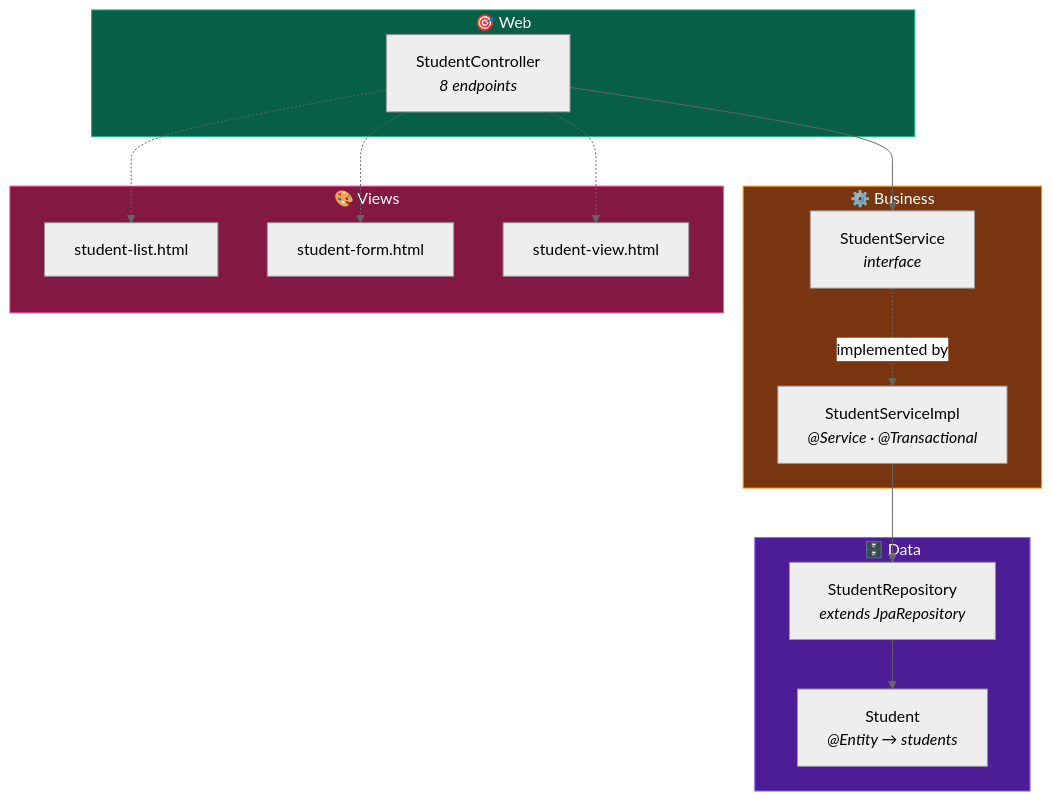
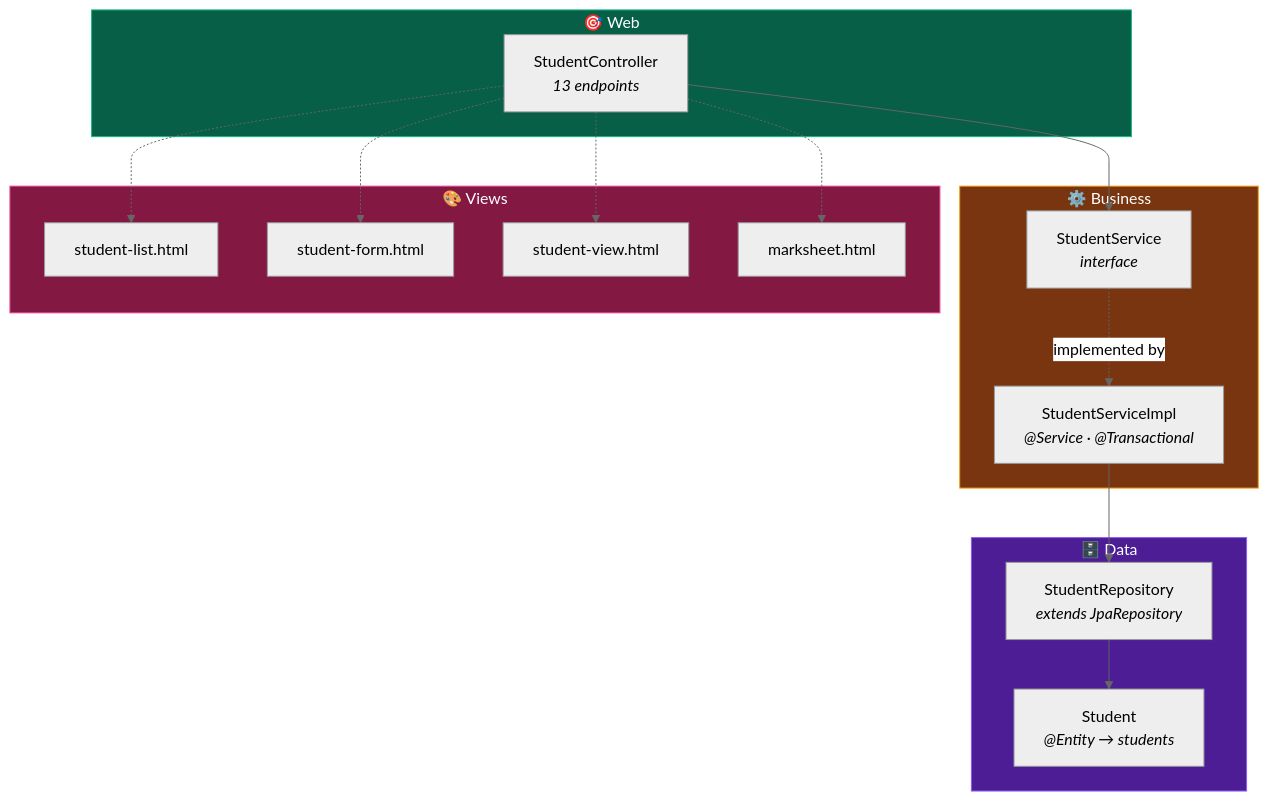
One commit to anurag-joshi-1403/StudentManagementSystem changed the second of 7 diagrams in README.md. Above: the diagram before and after it, drawn with Mermaid (neutral theme). The commit also changed other lines of this file and 59 other files, not shown here.

````diff
--- a/README.md
+++ b/README.md
@@ -166,30 +196,31 @@
 ```mermaid
 flowchart TB
     subgraph WEB["🎯 Web"]
-        SC["StudentController<br/><i>8 endpoints</i>"]
+        SC["StudentController<br/><i>13 endpoints</i>"]
     end
     subgraph BIZ["⚙️ Business"]
         SS["StudentService<br/><i>interface</i>"]
         SI["StudentServiceImpl<br/><i>@Service · @Transactional</i>"]
     end
     subgraph DATA["🗄️ Data"]
         SR["StudentRepository<br/><i>extends JpaRepository</i>"]
         SE["Student<br/><i>@Entity → students</i>"]
     end
     subgraph UI["🎨 Views"]
         L["student-list.html"]
         Fm["student-form.html"]
         Vw["student-view.html"]
+        Mk["marksheet.html"]
     end
 
     SC --> SS
     SS -. implemented by .-> SI
     SI --> SR
     SR --> SE
-    SC -.-> L & Fm & Vw
+    SC -.-> L & Fm & Vw & Mk
 
     style WEB fill:#065f46,stroke:#10b981,color:#fff
     style BIZ fill:#78350f,stroke:#f59e0b,color:#fff
     style DATA fill:#4c1d95,stroke:#8b5cf6,color:#fff
     style UI fill:#831843,stroke:#ec4899,color:#fff
 ```
````
